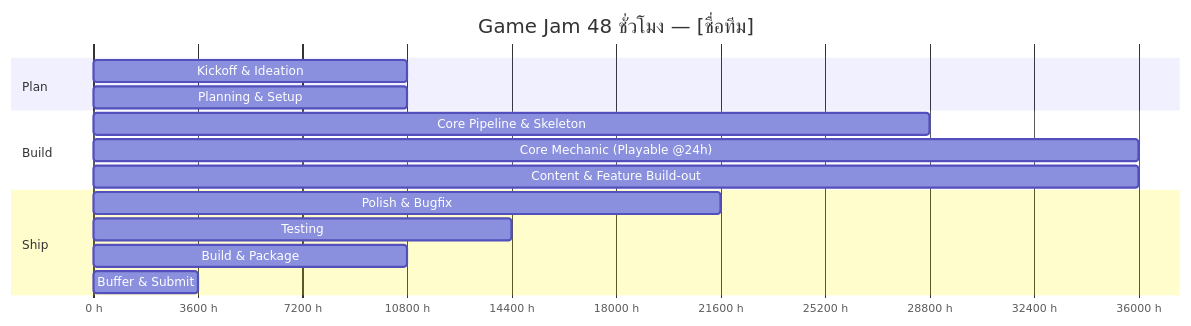
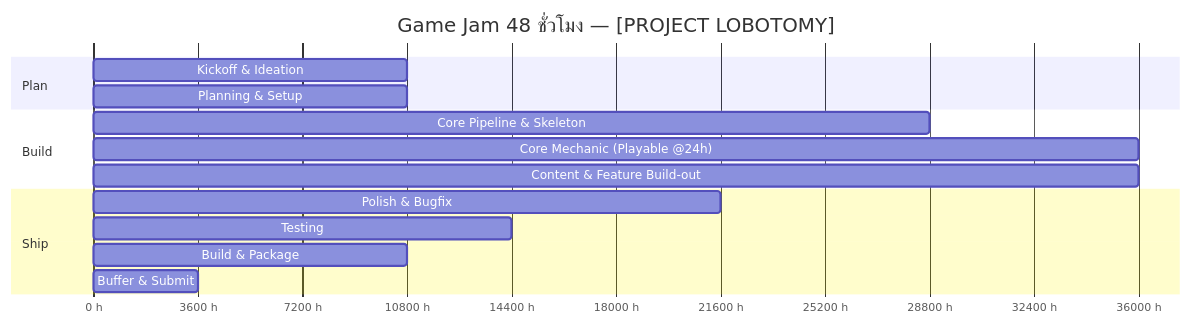
One commit to ArissamanSLM/Dg225-Team10_Project_Lobotomy changed the diagram in docs/03_GameJam/00-timeline.md. Above: the diagram before and after it, drawn with Mermaid. The commit also changed other lines of this file and 2 other files, not shown here.

Commit message:
Refactor timeline and pipeline checklist for improved clarity and organization

````diff
--- a/docs/03_GameJam/00-timeline.md
+++ b/docs/03_GameJam/00-timeline.md
@@ -31,18 +30,18 @@
 ```mermaid
 gantt
-    title Game Jam 48 ชั่วโมง — [ชื่อทีม]
+    title Game Jam 48 ชั่วโมง — [PROJECT LOBOTOMY]
     dateFormat  X
     axisFormat %s h
     section Plan
     Kickoff & Ideation        :0, 3h
     Planning & Setup          :3, 3h
     section Build
     Core Pipeline & Skeleton  :6, 8h
     Core Mechanic (Playable @24h) :14, 10h
     Content & Feature Build-out :24, 10h
     section Ship
     Polish & Bugfix           :34, 6h
     Testing                   :40, 4h
     Build & Package           :44, 3h
     Buffer & Submit           :47, 1h
 ```
````
